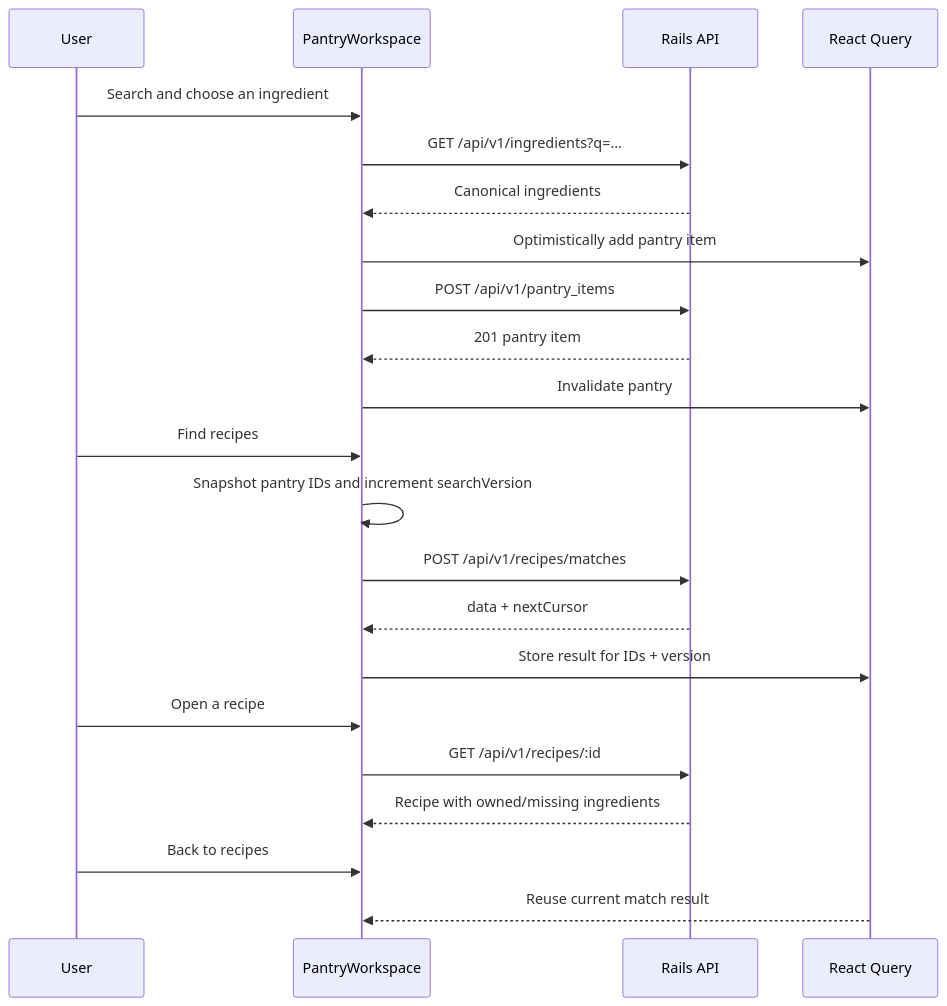
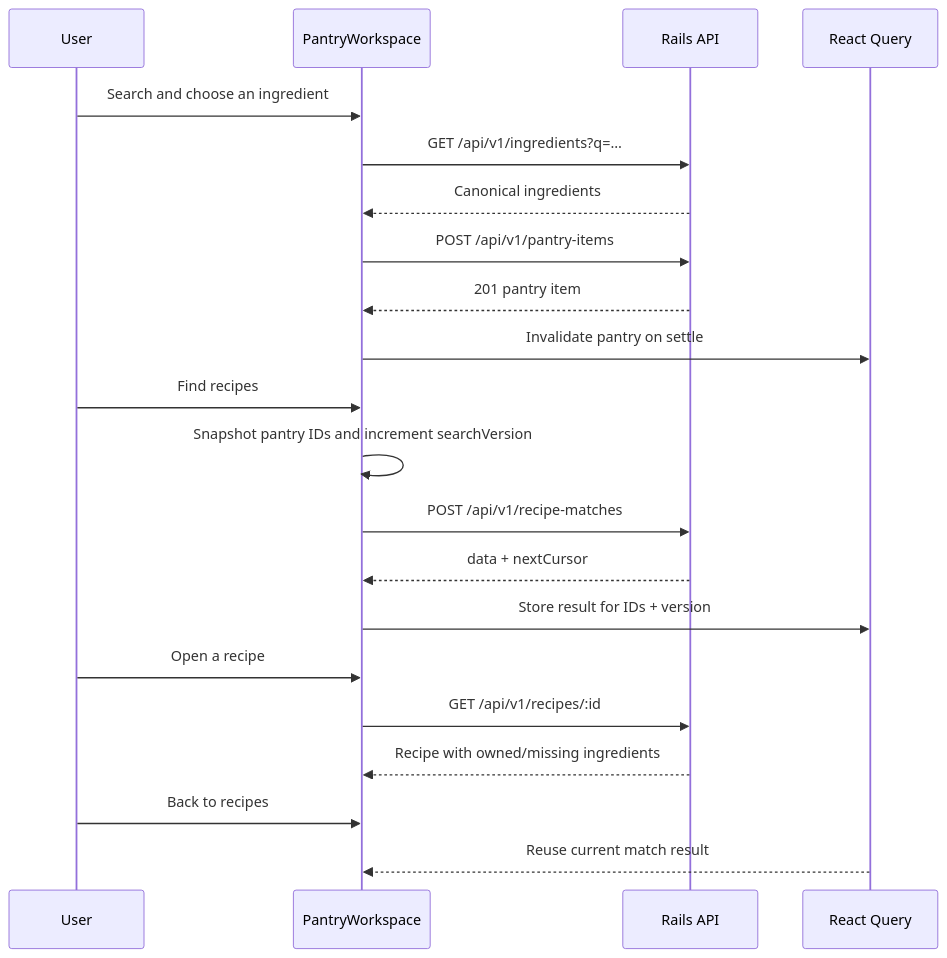
The second of 4 diagrams in frontend/README.md (girls-incode/meal-planner), drawn with Mermaid before and after one commit. The commit also changed other lines of this file and 31 other files, not shown here.

````diff
--- a/frontend/README.md
+++ b/frontend/README.md
@@ -99,27 +99,26 @@
 ```mermaid
 sequenceDiagram
   participant User
   participant UI as PantryWorkspace
   participant API as Rails API
   participant Cache as React Query
 
   User->>UI: Search and choose an ingredient
   UI->>API: GET /api/v1/ingredients?q=…
   API-->>UI: Canonical ingredients
-  UI->>Cache: Optimistically add pantry item
-  UI->>API: POST /api/v1/pantry_items
+  UI->>API: POST /api/v1/pantry-items
   API-->>UI: 201 pantry item
-  UI->>Cache: Invalidate pantry
+  UI->>Cache: Invalidate pantry on settle
 
   User->>UI: Find recipes
   UI->>UI: Snapshot pantry IDs and increment searchVersion
-  UI->>API: POST /api/v1/recipes/matches
+  UI->>API: POST /api/v1/recipe-matches
   API-->>UI: data + nextCursor
   UI->>Cache: Store result for IDs + version
 
   User->>UI: Open a recipe
   UI->>API: GET /api/v1/recipes/:id
   API-->>UI: Recipe with owned/missing ingredients
   User->>UI: Back to recipes
   Cache-->>UI: Reuse current match result
 ```
````
